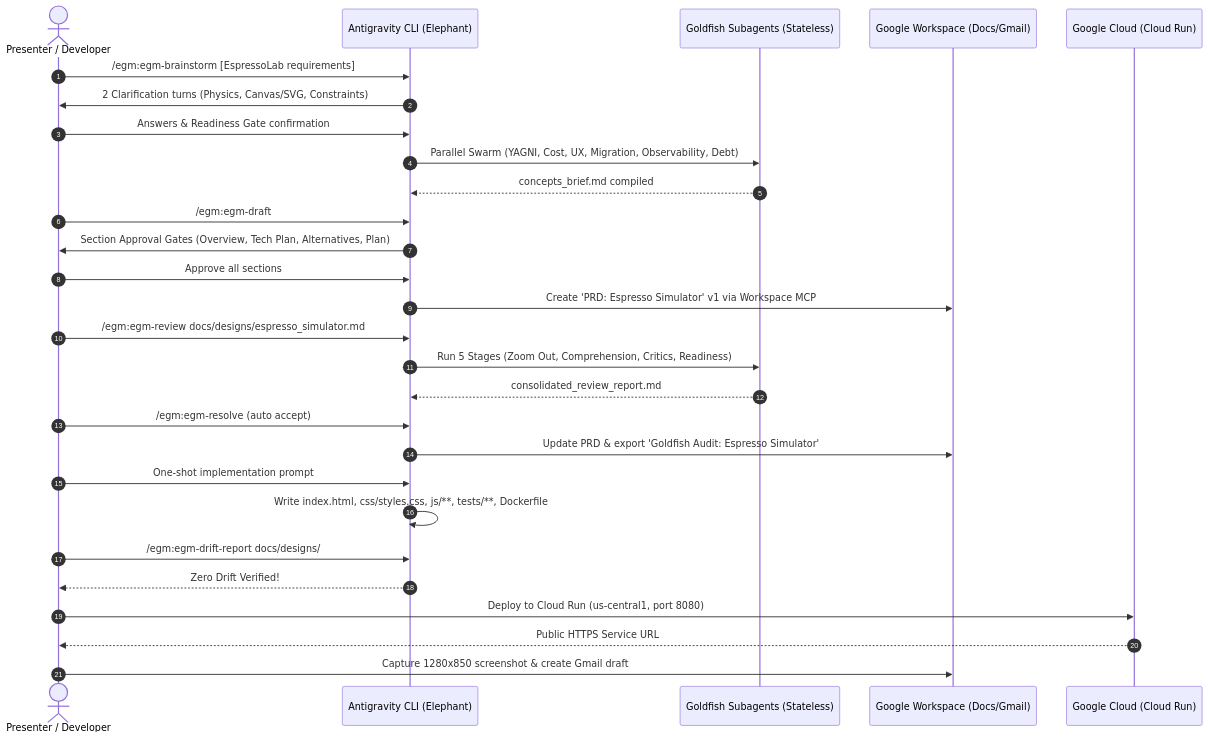
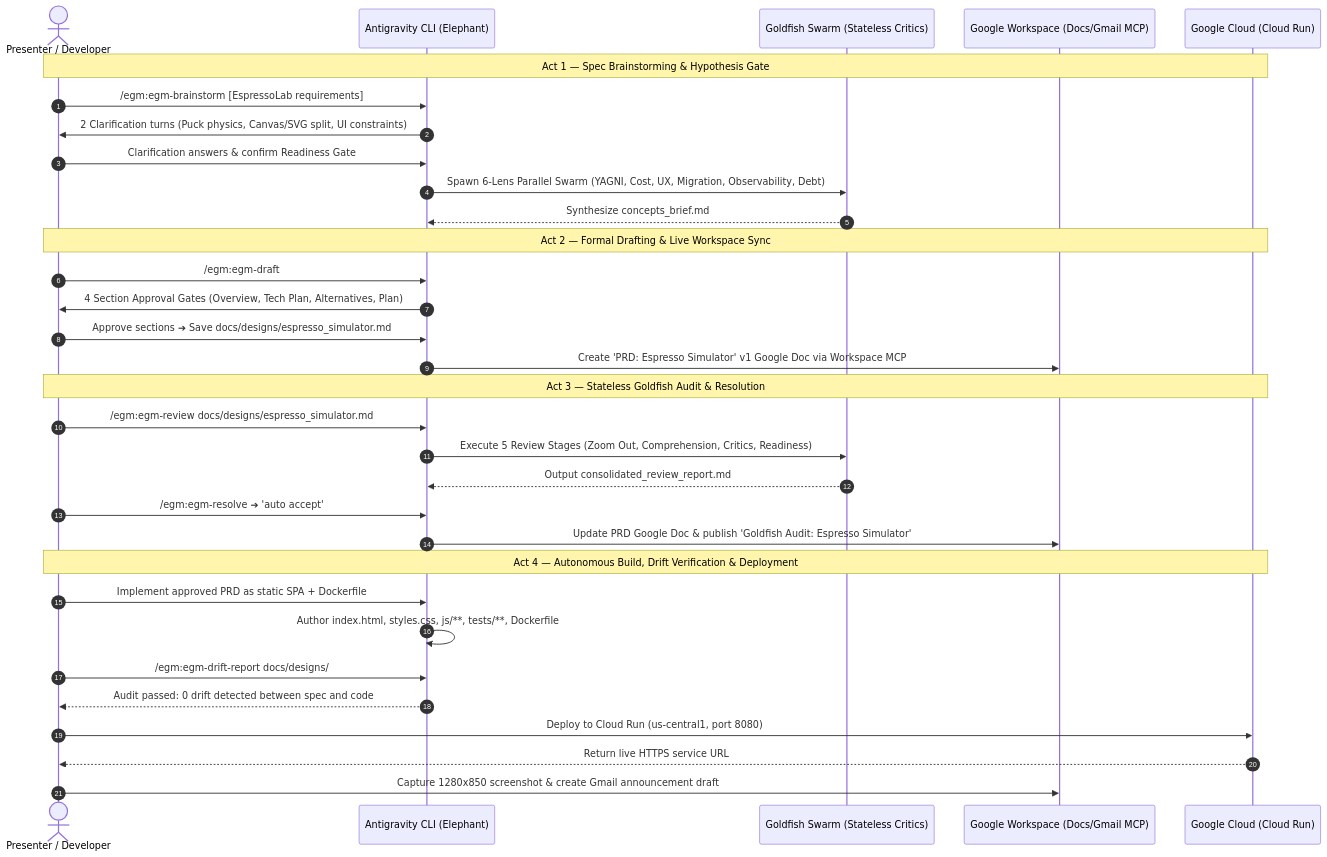
The third of 4 diagrams in README.md (vinay-google/devfest-espressolab-demo), drawn with Mermaid before and after one commit. The commit also changed other lines of this file, not shown here.

Commit message:
docs: redesign diagrams for high readability and add barista coach decision tree

````diff
--- a/README.md
+++ b/README.md
@@ -120,31 +128,38 @@
 ```mermaid
 sequenceDiagram
     autonumber
-    actor Speaker as Presenter / Developer
+    actor Presenter as Presenter / Developer
     participant AGY as Antigravity CLI (Elephant)
-    participant GF as Goldfish Subagents (Stateless)
-    participant Drive as Google Workspace (Docs/Gmail)
+    participant GF as Goldfish Swarm (Stateless Critics)
+    participant Drive as Google Workspace (Docs/Gmail MCP)
     participant GCP as Google Cloud (Cloud Run)
 
-    Speaker->>AGY: /egm:egm-brainstorm [EspressoLab requirements]
-    AGY->>Speaker: 2 Clarification turns (Physics, Canvas/SVG, Constraints)
-    Speaker->>AGY: Answers & Readiness Gate confirmation
-    AGY->>GF: Parallel Swarm (YAGNI, Cost, UX, Migration, Observability, Debt)
-    GF-->>AGY: concepts_brief.md compiled
-    Speaker->>AGY: /egm:egm-draft
-    AGY->>Speaker: Section Approval Gates (Overview, Tech Plan, Alternatives, Plan)
-    Speaker->>AGY: Approve all sections
-    AGY->>Drive: Create 'PRD: Espresso Simulator' v1 via Workspace MCP
-    Speaker->>AGY: /egm:egm-review docs/designs/espresso_simulator.md
-    AGY->>GF: Run 5 Stages (Zoom Out, Comprehension, Critics, Readiness)
-    GF-->>AGY: consolidated_review_report.md
-    Speaker->>AGY: /egm:egm-resolve (auto accept)
-    AGY->>Drive: Update PRD & export 'Goldfish Audit: Espresso Simulator'
-    Speaker->>AGY: One-shot implementation prompt
-    AGY->>AGY: Write index.html, css/styles.css, js/**, tests/**, Dockerfile
-    Speaker->>AGY: /egm:egm-drift-report docs/designs/
-    AGY-->>Speaker: Zero Drift Verified!
-    Speaker->>GCP: Deploy to Cloud Run (us-central1, port 8080)
-    GCP-->>Speaker: Public HTTPS Service URL
-    Speaker->>Drive: Capture 1280x850 screenshot & create Gmail draft
+    Note over Presenter,GCP: Act 1 — Spec Brainstorming & Hypothesis Gate
+    Presenter->>AGY: /egm:egm-brainstorm [EspressoLab requirements]
+    AGY->>Presenter: 2 Clarification turns (Puck physics, Canvas/SVG split, UI constraints)
+    Presenter->>AGY: Clarification answers & confirm Readiness Gate
+    AGY->>GF: Spawn 6-Lens Parallel Swarm (YAGNI, Cost, UX, Migration, Observability, Debt)
+    GF-->>AGY: Synthesize concepts_brief.md
+
+    Note over Presenter,GCP: Act 2 — Formal Drafting & Live Workspace Sync
+    Presenter->>AGY: /egm:egm-draft
+    AGY->>Presenter: 4 Section Approval Gates (Overview, Tech Plan, Alternatives, Plan)
+    Presenter->>AGY: Approve sections ➔ Save docs/designs/espresso_simulator.md
+    AGY->>Drive: Create 'PRD: Espresso Simulator' v1 Google Doc via Workspace MCP
+
+    Note over Presenter,GCP: Act 3 — Stateless Goldfish Audit & Resolution
+    Presenter->>AGY: /egm:egm-review docs/designs/espresso_simulator.md
+    AGY->>GF: Execute 5 Review Stages (Zoom Out, Comprehension, Critics, Readiness)
+    GF-->>AGY: Output consolidated_review_report.md
+    Presenter->>AGY: /egm:egm-resolve ➔ 'auto accept'
+    AGY->>Drive: Update PRD Google Doc & publish 'Goldfish Audit: Espresso Simulator'
+
+    Note over Presenter,GCP: Act 4 — Autonomous Build, Drift Verification & Deployment
+    Presenter->>AGY: Implement approved PRD as static SPA + Dockerfile
+    AGY->>AGY: Author index.html, styles.css, js/**, tests/**, Dockerfile
+    Presenter->>AGY: /egm:egm-drift-report docs/designs/
+    AGY-->>Presenter: Audit passed: 0 drift detected between spec and code
+    Presenter->>GCP: Deploy to Cloud Run (us-central1, port 8080)
+    GCP-->>Presenter: Return live HTTPS service URL
+    Presenter->>Drive: Capture 1280x850 screenshot & create Gmail announcement draft
 ```
````
